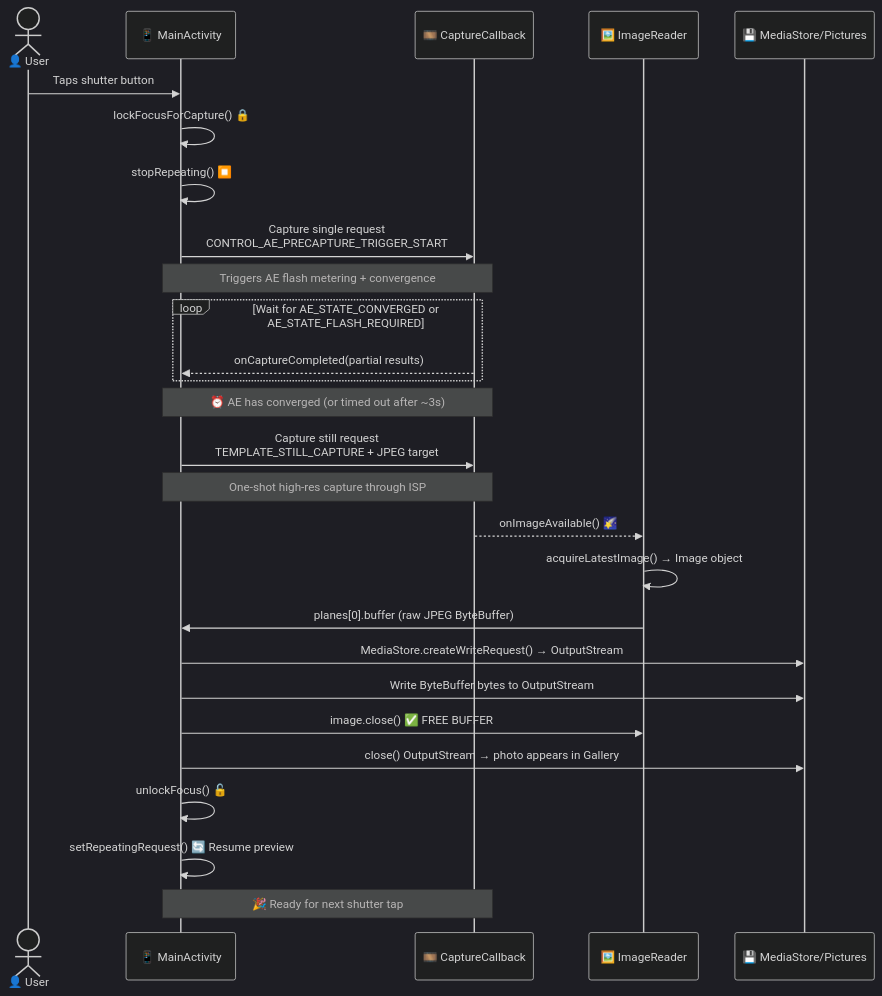
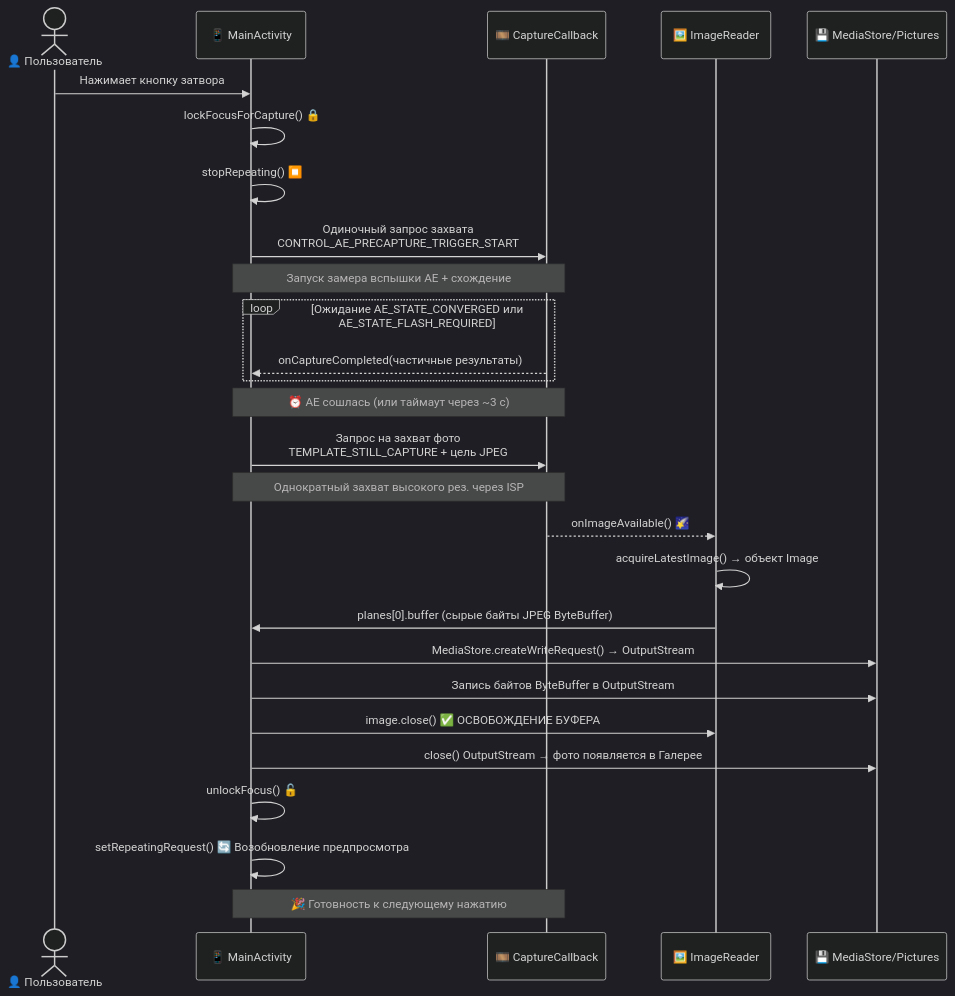
The diagram in website/i18n/ru/docusaurus-plugin-content-docs/current/camera2/taking-photos.md (zoozooll/AndroidCameraParameters), drawn with Mermaid (dark theme) before and after one commit. The commit also changed other lines of this file and 378 other files, not shown here.

````diff
--- a/website/i18n/ru/docusaurus-plugin-content-docs/current/camera2/taking-photos.md
+++ b/website/i18n/ru/docusaurus-plugin-content-docs/current/camera2/taking-photos.md
@@ -25,35 +25,35 @@
 ```mermaid
 sequenceDiagram
-    actor User as 👤 User
+    actor User as 👤 Пользователь
     participant App as 📱 MainActivity
     participant CB as 🎞️ CaptureCallback
     participant IR as 🖼️ ImageReader
     participant MS as 💾 MediaStore/Pictures
-    User->>App: Taps shutter button
+    User->>App: Нажимает кнопку затвора
     App->>App: lockFocusForCapture() 🔒
     App->>App: stopRepeating() ⏹️
     
-    App->>CB: Capture single request<br/>CONTROL_AE_PRECAPTURE_TRIGGER_START
-    Note over App,CB: Triggers AE flash metering + convergence
-    loop Wait for AE_STATE_CONVERGED or AE_STATE_FLASH_REQUIRED
-        CB-->>App: onCaptureCompleted(partial results)
+    App->>CB: Одиночный запрос захвата<br/>CONTROL_AE_PRECAPTURE_TRIGGER_START
+    Note over App,CB: Запуск замера вспышки AE + схождение
+    loop Ожидание AE_STATE_CONVERGED или AE_STATE_FLASH_REQUIRED
+        CB-->>App: onCaptureCompleted(частичные результаты)
     end
     
-    Note over App,CB: ⏰ AE has converged (or timed out after ~3s)
+    Note over App,CB: ⏰ AE сошлась (или таймаут через ~3 с)
     
-    App->>CB: Capture still request<br/>TEMPLATE_STILL_CAPTURE + JPEG target
-    Note over App,CB: One-shot high-res capture through ISP
+    App->>CB: Запрос на захват фото<br/>TEMPLATE_STILL_CAPTURE + цель JPEG
+    Note over App,CB: Однократный захват высокого рез. через ISP
     
     CB-->>IR: onImageAvailable() 🌠
-    IR->>IR: acquireLatestImage() → Image object
-    IR->>App: planes[0].buffer (raw JPEG ByteBuffer)
+    IR->>IR: acquireLatestImage() → объект Image
+    IR->>App: planes[0].buffer (сырые байты JPEG ByteBuffer)
     App->>MS: MediaStore.createWriteRequest() → OutputStream
-    App->>MS: Write ByteBuffer bytes to OutputStream
-    App->>IR: image.close() ✅ FREE BUFFER
-    App->>MS: close() OutputStream → photo appears in Gallery
+    App->>MS: Запись байтов ByteBuffer в OutputStream
+    App->>IR: image.close() ✅ ОСВОБОЖДЕНИЕ БУФЕРА
+    App->>MS: close() OutputStream → фото появляется в Галерее
     
     App->>App: unlockFocus() 🔓
-    App->>App: setRepeatingRequest() 🔄 Resume preview
+    App->>App: setRepeatingRequest() 🔄 Возобновление предпросмотра
     
-    Note over App,CB: 🎉 Ready for next shutter tap
+    Note over App,CB: 🎉 Готовность к следующему нажатию
 ```
````
